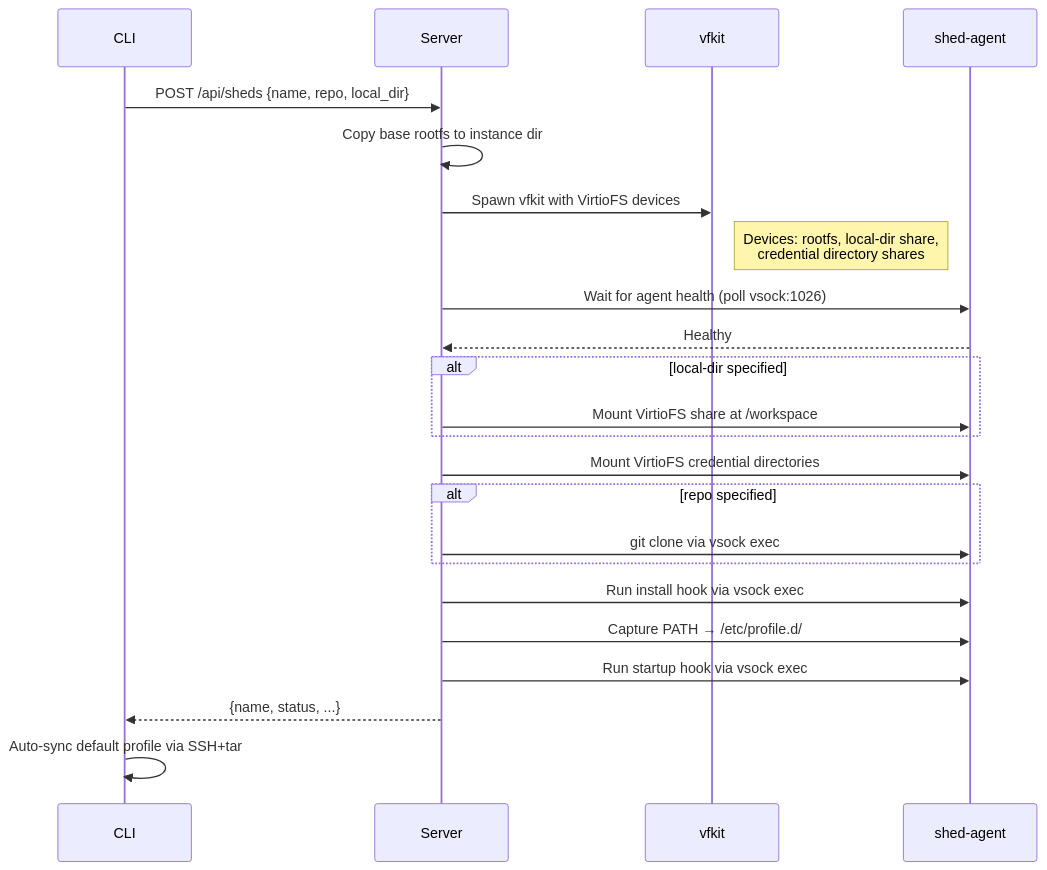
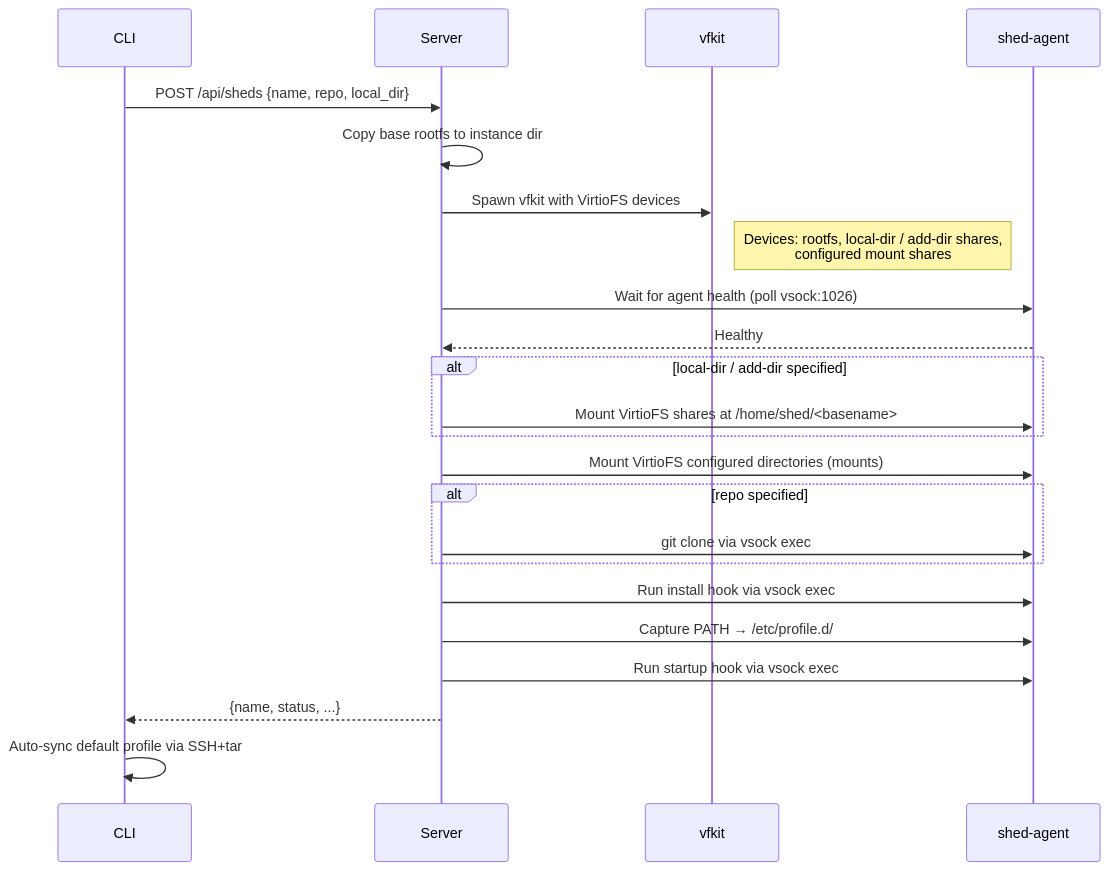
The fourth of 6 diagrams in docs/development/architecture.md (charliek/shed), drawn with Mermaid before and after one commit. The commit also changed other lines of this file and 63 other files, not shown here.

First line of the commit message:
feat: home-rooted workspaces; rename config credentials→mounts (#188)

````diff
--- a/docs/development/architecture.md
+++ b/docs/development/architecture.md
@@ -121,26 +121,26 @@
     ```mermaid
     sequenceDiagram
         participant CLI
         participant Server
         participant vfkit
         participant Agent as shed-agent
 
         CLI->>Server: POST /api/sheds {name, repo, local_dir}
         Server->>Server: Copy base rootfs to instance dir
         Server->>vfkit: Spawn vfkit with VirtioFS devices
-        Note right of vfkit: Devices: rootfs, local-dir share,<br/>credential directory shares
+        Note right of vfkit: Devices: rootfs, local-dir / add-dir shares,<br/>configured mount shares
         Server->>Agent: Wait for agent health (poll vsock:1026)
         Agent-->>Server: Healthy
-        alt local-dir specified
-            Server->>Agent: Mount VirtioFS share at /workspace
+        alt local-dir / add-dir specified
+            Server->>Agent: Mount VirtioFS shares at /home/shed/<basename>
         end
-        Server->>Agent: Mount VirtioFS credential directories
+        Server->>Agent: Mount VirtioFS configured directories (mounts)
         alt repo specified
             Server->>Agent: git clone via vsock exec
         end
         Server->>Agent: Run install hook via vsock exec
         Server->>Agent: Capture PATH → /etc/profile.d/
         Server->>Agent: Run startup hook via vsock exec
         Server-->>CLI: {name, status, ...}
         CLI->>CLI: Auto-sync default profile via SSH+tar
     ```
````
